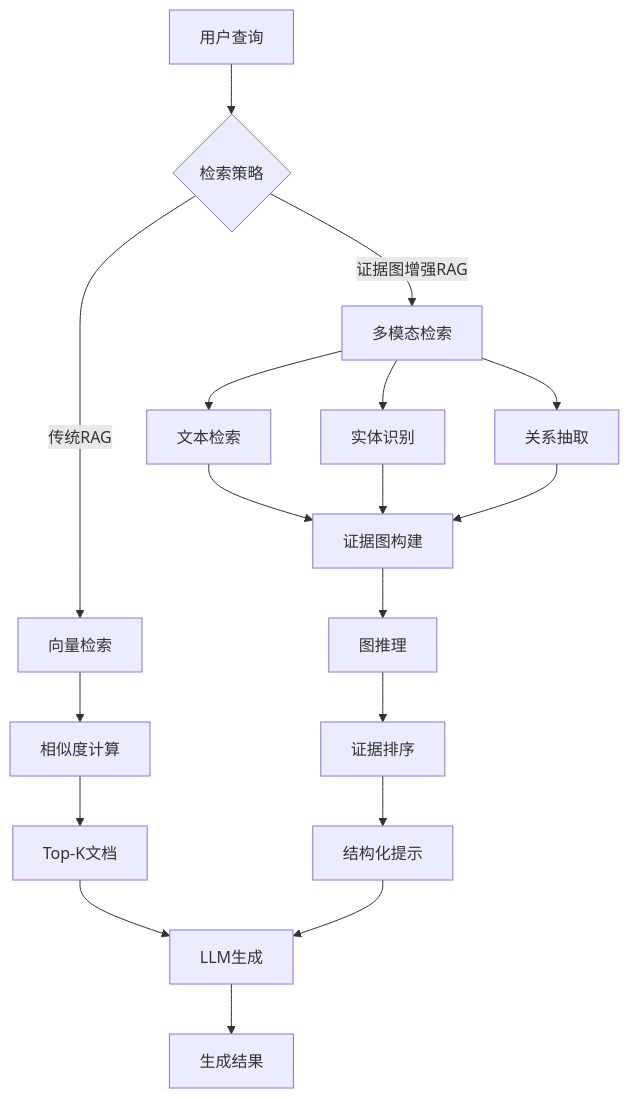
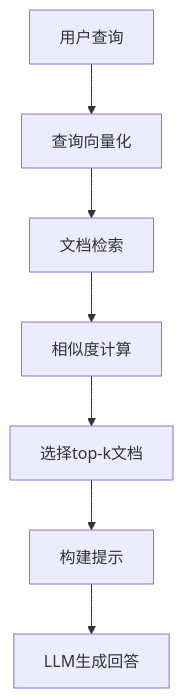
One commit to valkryhx/patent_agents changed the diagram in output/progress/以证据图增强的rag系统_ada191f4/02_background.md. Above: the diagram before and after it, drawn with Mermaid. The commit also changed other lines of this file and 3 other files, not shown here.

````diff
--- a/output/progress/以证据图增强的rag系统_ada191f4/02_background.md
+++ b/output/progress/以证据图增强的rag系统_ada191f4/02_background.md
@@ -51,21 +17,9 @@
 ```mermaid
 graph TD
-    A[用户查询] --> B{检索策略}
-    B -->|传统RAG| C[向量检索]
-    B -->|证据图增强RAG| D[多模态检索]
-    
-    C --> E[相似度计算]
-    E --> F[Top-K文档]
-    F --> G[LLM生成]
-    
-    D --> H[文本检索]
-    D --> I[实体识别]
-    D --> J[关系抽取]
-    H & I & J --> K[证据图构建]
-    K --> L[图推理]
-    L --> M[证据排序]
-    M --> N[结构化提示]
-    N --> G
-    
-    G --> O[生成结果]
+    A[用户查询] --> B[查询向量化]
+    B --> C[文档检索]
+    C --> D[相似度计算]
+    D --> E[选择top-k文档]
+    E --> F[构建提示]
+    F --> G[LLM生成回答]
 ```
````
